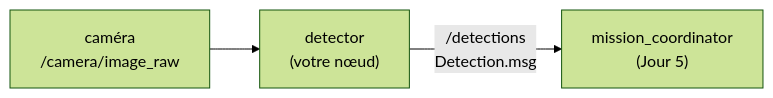
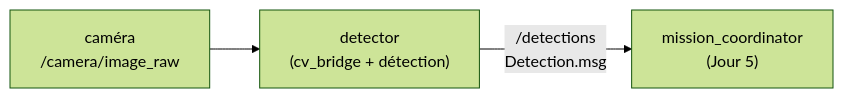
One commit to EtienneSchmitz/ros2_course changed the third of 3 diagrams in apps/slides/jour4/slides.md. Above: the diagram before and after it, drawn with Mermaid (forest theme). The commit also changed other lines of this file and 10 other files, not shown here.

````diff
--- a/apps/slides/jour4/slides.md
+++ b/apps/slides/jour4/slides.md
@@ -395,5 +522,5 @@
 ```mermaid
 flowchart LR
-  cam["caméra<br/>/camera/image_raw"] --> det["detector<br/>(votre nœud)"]
+  cam["caméra<br/>/camera/image_raw"] --> det["detector<br/>(cv_bridge + détection)"]
   det -->|"/detections<br/>Detection.msg"| coord["mission_coordinator<br/>(Jour 5)"]
 ```
````
